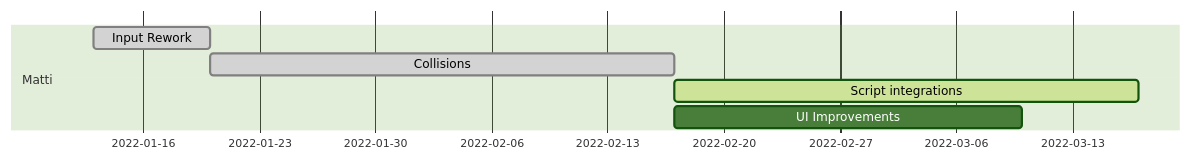
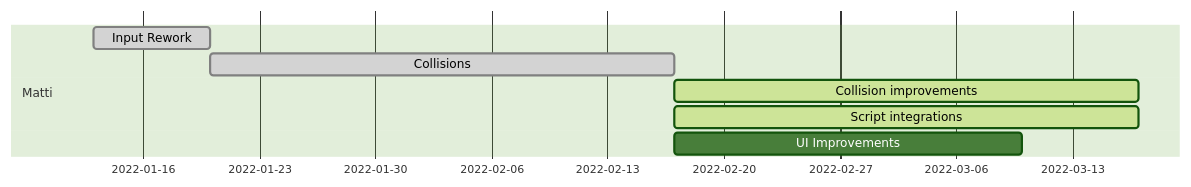
The third of 3 diagrams in docs/ProjectPlan.md (IlkkaTakala/Eril-Engine), drawn with Mermaid (forest theme) before and after one commit. The commit also changed other lines of this file and 6 other files, not shown here.

````diff
--- a/docs/ProjectPlan.md
+++ b/docs/ProjectPlan.md
@@ -83,10 +84,11 @@
 ```mermaid
 gantt
 dateFormat  DD-MM
 
 section Matti
 Input Rework           :done,       mdes3, 13-01, 1w
 Collisions             :done,       mdes1, after mdes3, 4w
+Collision improvements :active,     mdes5, after mdes1, 4w
 Script integrations    :active,     mdes4, after mdes1, 4w
 UI Improvements        :            mdes2, after mdes1, 3w
 ```
````
